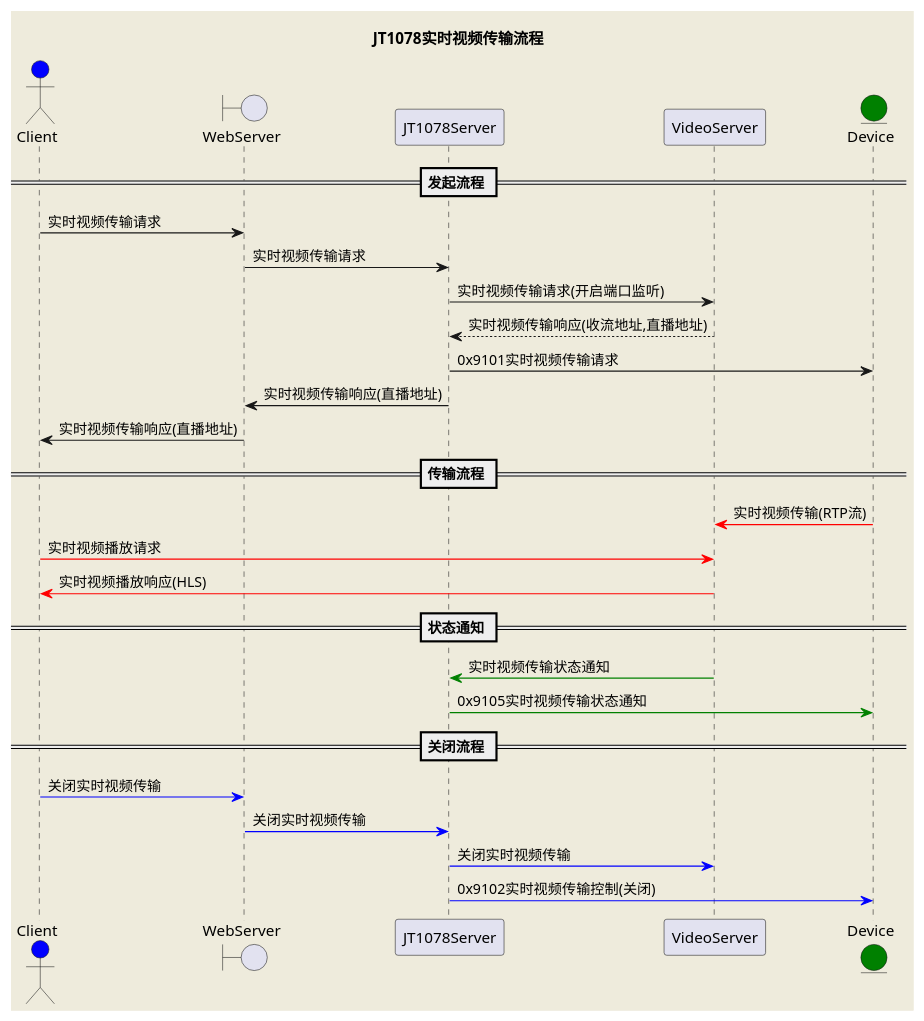
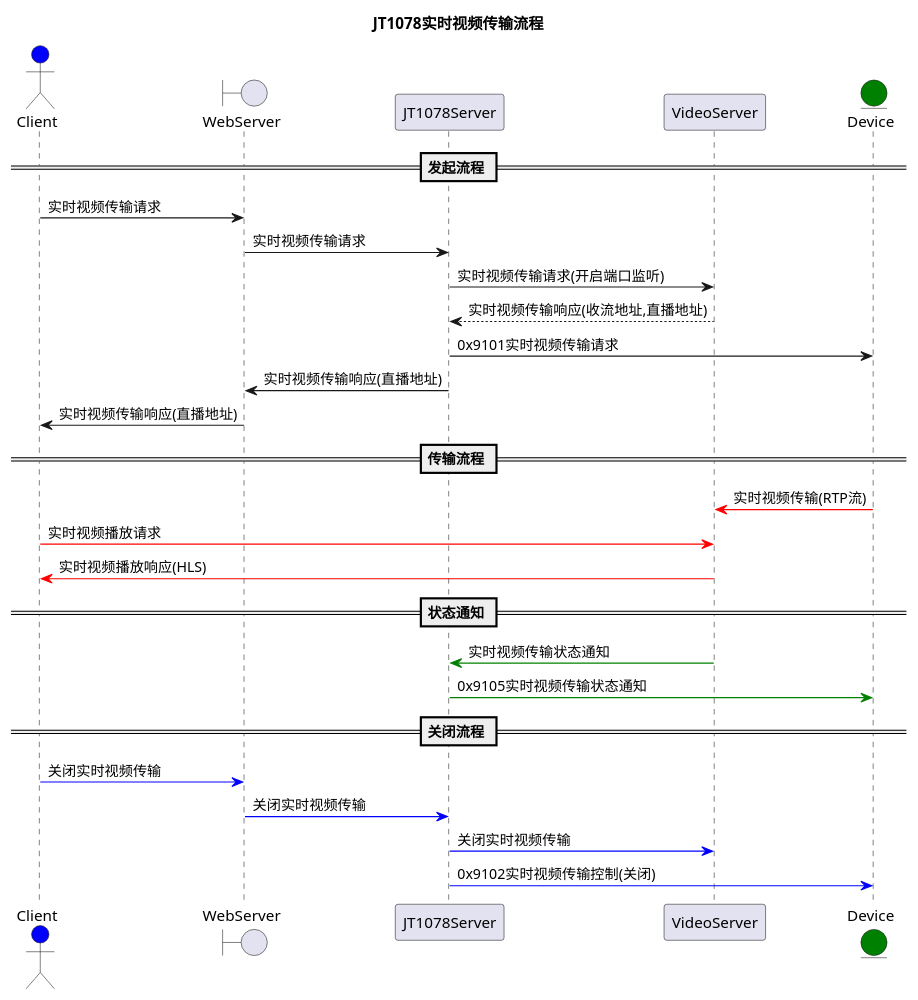
The diagram in jt1078/doc/jt1078-message-flow.plantuml (gaochundong/gbprotocol), drawn with PlantUML before and after one commit. The commit also changed 4 other files, not shown here.

Commit message:
组件交互图

```diff
--- a/jt1078/doc/jt1078-message-flow.plantuml
+++ b/jt1078/doc/jt1078-message-flow.plantuml
@@ -1,41 +1,41 @@
 @startuml
-skinparam backgroundColor #EEEBDC
+skinparam backgroundColor White
 skinparam handwritten false
 
 title JT1078实时视频传输流程
 
 actor Client #blue
 boundary WebServer
 participant JT1078Server
 participant VideoServer
 entity Device #green
 
 == 发起流程 ==
 
 Client -> WebServer : 实时视频传输请求
 WebServer -> JT1078Server : 实时视频传输请求
 JT1078Server -> VideoServer : 实时视频传输请求(开启端口监听)
 VideoServer --> JT1078Server : 实时视频传输响应(收流地址,直播地址)
 JT1078Server -> Device : 0x9101实时视频传输请求
 JT1078Server -> WebServer : 实时视频传输响应(直播地址)
 WebServer -> Client : 实时视频传输响应(直播地址)
 
 == 传输流程 ==
 
 Device -[#red]> VideoServer : 实时视频传输(RTP流)
 Client -[#red]> VideoServer : 实时视频播放请求
 VideoServer -[#red]> Client : 实时视频播放响应(HLS)
 
 == 状态通知 ==
 
 VideoServer -[#green]> JT1078Server : 实时视频传输状态通知
 JT1078Server -[#green]> Device : 0x9105实时视频传输状态通知
 
 == 关闭流程 ==
 
 Client -[#0000FF]> WebServer : 关闭实时视频传输
 WebServer -[#0000FF]> JT1078Server : 关闭实时视频传输
 JT1078Server -[#0000FF]> VideoServer : 关闭实时视频传输
 JT1078Server -[#0000FF]> Device : 0x9102实时视频传输控制(关闭)
 
 @enduml
```
